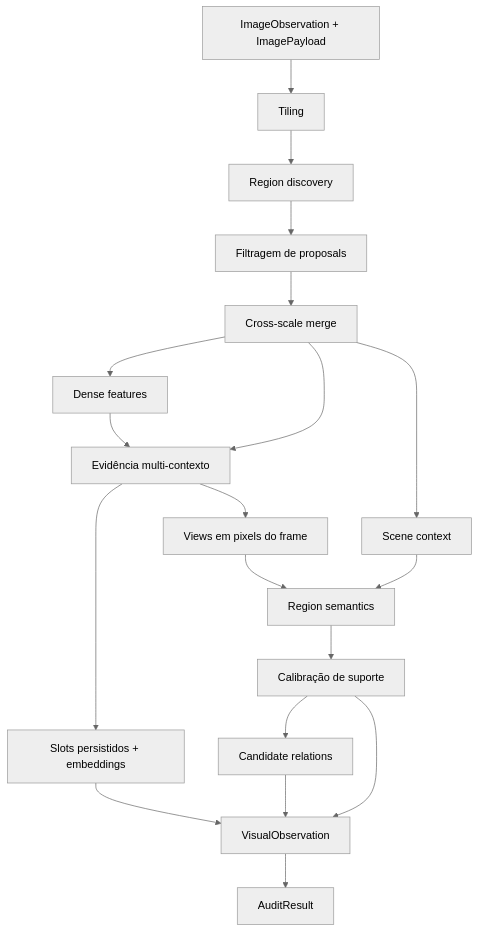
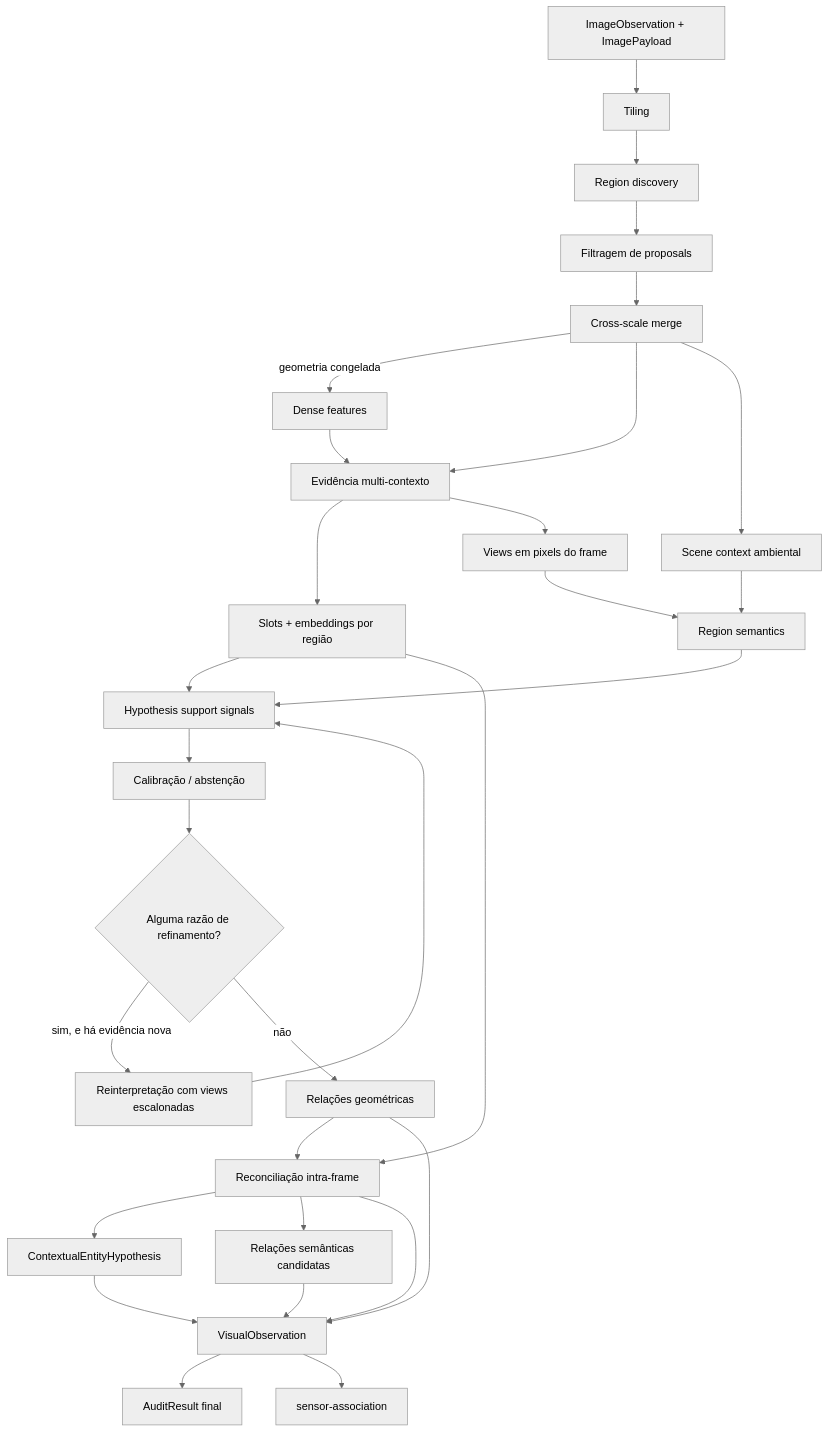
One commit to Alexandre-Tortoza/contextual-3d-mapping changed the first of 2 diagrams in modules/visual-perception/docs/pipelines.md. Above: the diagram before and after it, drawn with Mermaid (neutral theme). The commit also changed other lines of this file and 43 other files, not shown here.

````diff
--- a/modules/visual-perception/docs/pipelines.md
+++ b/modules/visual-perception/docs/pipelines.md
@@ -199,21 +204,38 @@
 ```mermaid
 flowchart TD
     Input[ImageObservation + ImagePayload] --> Tiling[Tiling]
     Tiling --> Discovery[Region discovery]
     Discovery --> Filter[Filtragem de proposals]
     Filter --> Merge[Cross-scale merge]
-    Merge --> Features[Dense features]
+
+    Merge -->|geometria congelada| Features[Dense features]
     Features --> Evidence[Evidência multi-contexto]
     Merge --> Evidence
-    Evidence --> Slots[Slots persistidos + embeddings]
+    Evidence --> Slots[Slots + embeddings por região]
     Evidence --> Views[Views em pixels do frame]
-    Merge --> Scene[Scene context]
+
+    Merge --> Scene[Scene context ambiental]
     Views --> Semantics[Region semantics]
     Scene --> Semantics
-    Semantics --> Calibration[Calibração de suporte]
-    Calibration --> Relations[Candidate relations]
-    Slots --> Output[VisualObservation]
-    Relations --> Output
-    Calibration --> Output
-    Output --> Audit[AuditResult]
+
+    Semantics --> Support[Hypothesis support signals]
+    Slots --> Support
+    Support --> Calibration[Calibração / abstenção]
+
+    Calibration --> Refine{Alguma razão de refinamento?}
+    Refine -->|sim, e há evidência nova| Escalate[Reinterpretação com views escalonadas]
+    Escalate --> Support
+    Refine -->|não| GeoRel[Relações geométricas]
+
+    GeoRel --> Reconcile[Reconciliação intra-frame]
+    Slots --> Reconcile
+    Reconcile --> Entities[ContextualEntityHypothesis]
+    Reconcile --> SemRel[Relações semânticas candidatas]
+
+    Entities --> Output[VisualObservation]
+    SemRel --> Output
+    GeoRel --> Output
+    Reconcile --> Output
+    Output --> Audit[AuditResult final]
+    Output --> Downstream[sensor-association]
 ```
````
